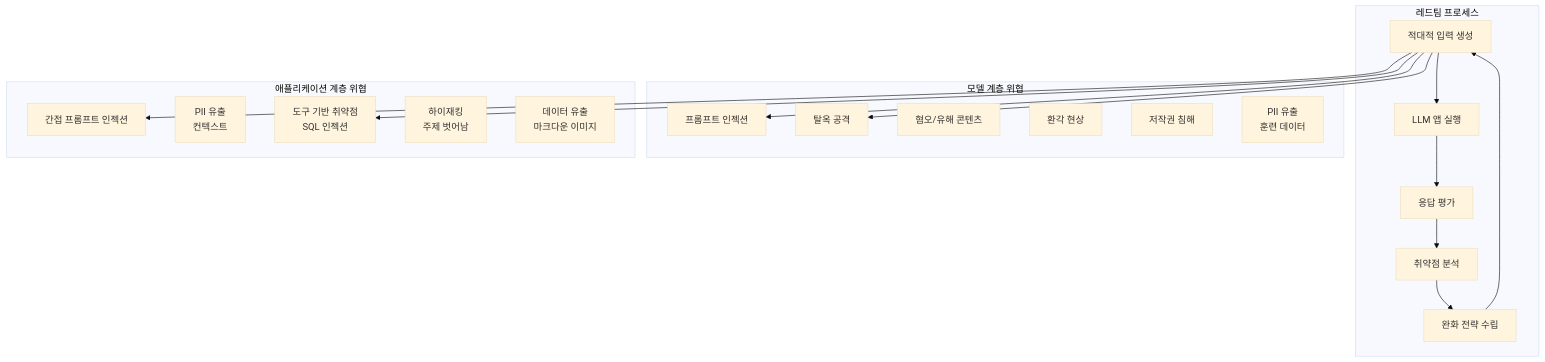
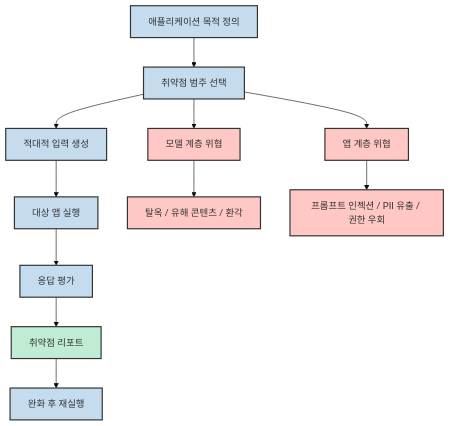
The fourth of 5 diagrams in content/post/2026/2026-03-12-promptfoo.md (gyuha/blog), drawn with Mermaid (base theme) before and after one commit. The commit also changed other lines of this file and 1 other file, not shown here.

````diff
--- a/content/post/2026/2026-03-12-promptfoo.md
+++ b/content/post/2026/2026-03-12-promptfoo.md
@@ -265,32 +256,23 @@
 ```mermaid
-flowchart 
-    subgraph 레드팀 프로세스
-        A[적대적 입력 생성] --> B[LLM 앱 실행]
-        B --> C[응답 평가]
-        C --> D[취약점 분석]
-        D --> E[완화 전략 수립]
-        E --> A
-    end
+flowchart TD
+    A["애플리케이션 목적 정의"] --> B["취약점 범주 선택"]
+    B --> C["적대적 입력 생성"]
+    C --> D["대상 앱 실행"]
+    D --> E["응답 평가"]
+    E --> F["취약점 리포트"]
+    F --> G["완화 후 재실행"]
 
-    subgraph 모델 계층 위협
-        F[프롬프트 인젝션]
-        G[탈옥 공격]
-        H[혐오/유해 콘텐츠]
-        I[환각 현상]
-        J[저작권 침해]
-        K[PII 유출<br/>훈련 데이터]
-    end
+    H["모델 계층 위협"] --> H1["탈옥 / 유해 콘텐츠 / 환각"]
+    I["앱 계층 위협"] --> I1["프롬프트 인젝션 / PII 유출 / 권한 우회"]
 
-    subgraph 애플리케이션 계층 위협
-        L[간접 프롬프트 인젝션]
-        M[PII 유출<br/>컨텍스트]
-        N[도구 기반 취약점<br/>SQL 인젝션]
-        O[하이재킹<br/>주제 벗어남]
-        P[데이터 유출<br/>마크다운 이미지]
-    end
+    B --> H
+    B --> I
 
-    A --> F
-    A --> G
-    A --> L
-    A --> N
+    classDef processStyle fill:#c5dcef,stroke:#333,stroke-width:2px,color:#333
+    classDef threatStyle fill:#ffc8c4,stroke:#333,stroke-width:2px,color:#333
+    classDef reportStyle fill:#c0ecd3,stroke:#333,stroke-width:2px,color:#333
+
+    class A,B,C,D,E,G processStyle
+    class H,H1,I,I1 threatStyle
+    class F reportStyle
 ```
````
